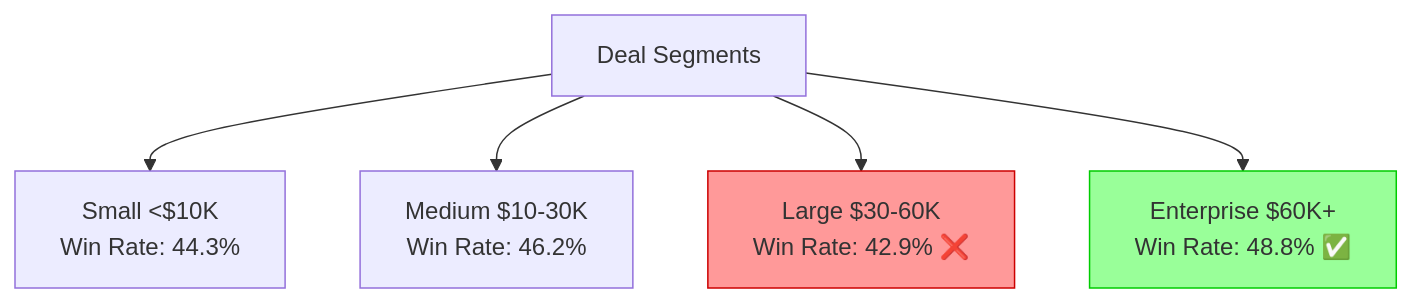
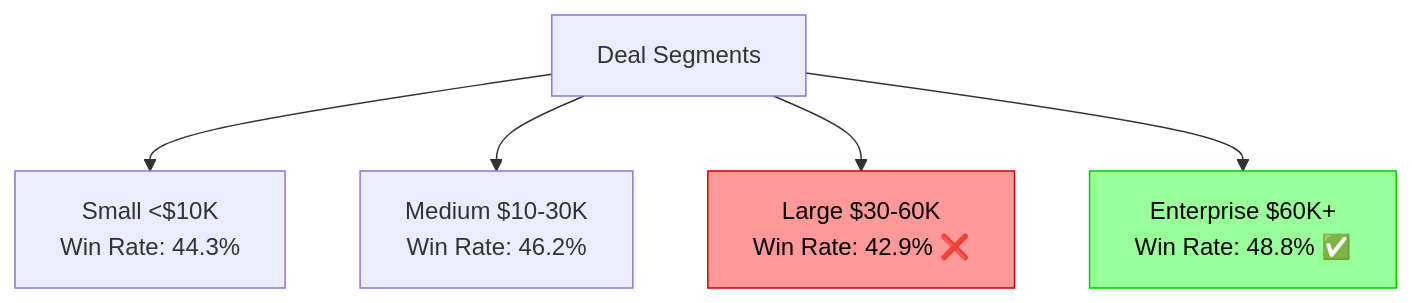
One commit to Himanshuwagh/skygeni changed the first of 3 diagrams in README.md. Above: the diagram before and after it, drawn with Mermaid. The commit also changed other lines of this file, not shown here.

````diff
--- a/README.md
+++ b/README.md
@@ -143,10 +143,10 @@
 ```mermaid
 graph TD
     A[Deal Segments] --> B[Small <$10K<br/>Win Rate: 44.3%]
     A --> C[Medium $10-30K<br/>Win Rate: 46.2%]
     A --> D[Large $30-60K<br/>Win Rate: 42.9% ❌]
     A --> E[Enterprise $60K+<br/>Win Rate: 48.8% ✅]
     
-    style D fill:#ff9999,stroke:#cc0000
-    style E fill:#99ff99,stroke:#00cc00
+    style D fill:#ff9999,stroke:#cc0000,color:#000000
+    style E fill:#99ff99,stroke:#00cc00,color:#000000
 ```
````
